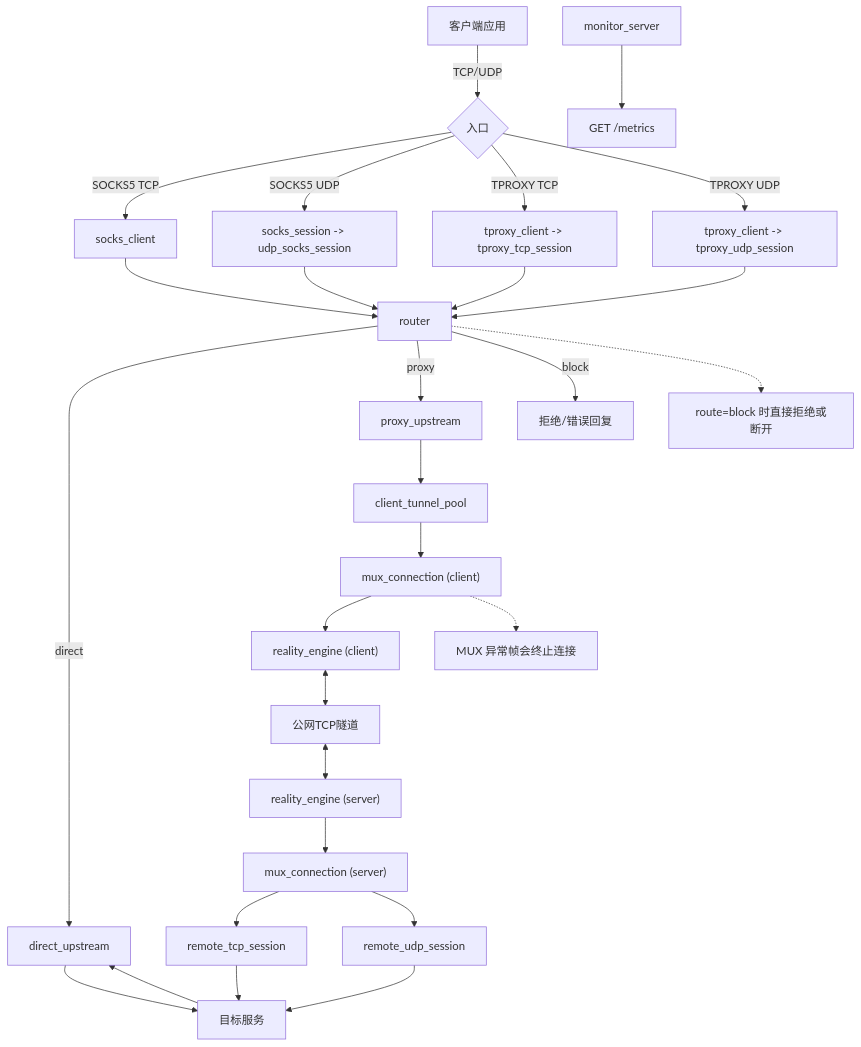
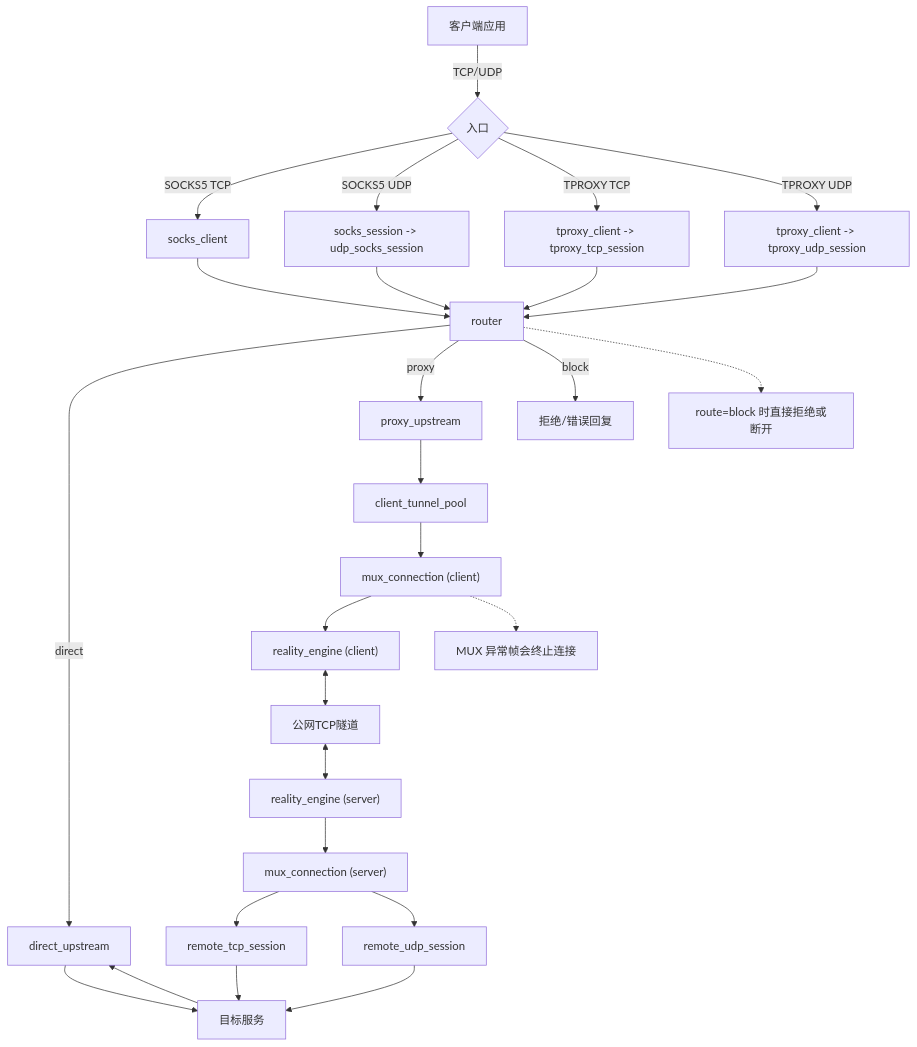
One commit to gyl30/socks changed the first of 5 diagrams in doc/flow.md. Above: the diagram before and after it, drawn with Mermaid. The commit also changed 18 other files, not shown here.

````diff
--- a/doc/flow.md
+++ b/doc/flow.md
@@ -5,39 +5,37 @@
 ```mermaid
 flowchart TD
   App[客户端应用] -->|TCP/UDP| Inbound{入口}
 
   Inbound -->|SOCKS5 TCP| SocksListener[socks_client]
   Inbound -->|SOCKS5 UDP| SocksUdpAssoc["socks_session -> udp_socks_session"]
   Inbound -->|TPROXY TCP| TproxyTcpListener["tproxy_client -> tproxy_tcp_session"]
   Inbound -->|TPROXY UDP| TproxyUdpListener["tproxy_client -> tproxy_udp_session"]
 
   SocksListener --> Router[router]
   SocksUdpAssoc --> Router
   TproxyTcpListener --> Router
   TproxyUdpListener --> Router
 
   Router -->|direct| DirectUp[direct_upstream]
   Router -->|proxy| ProxyUp[proxy_upstream]
   Router -->|block| Block[拒绝/错误回复]
 
   DirectUp --> Target[目标服务]
   Target --> DirectUp
 
   ProxyUp --> TunnelPool[client_tunnel_pool]
   TunnelPool --> MuxClient["mux_connection (client)"]
   MuxClient --> RealityClient["reality_engine (client)"]
   RealityClient <--> Network[公网TCP隧道]
   Network <--> RealityServer["reality_engine (server)"]
   RealityServer --> MuxServer["mux_connection (server)"]
   MuxServer --> RemoteTcp[remote_tcp_session]
   MuxServer --> RemoteUdp[remote_udp_session]
   RemoteTcp --> Target
   RemoteUdp --> Target
 
-  Monitor[monitor_server] --> Metrics[GET /metrics]
-
   RouterNote["route=block 时直接拒绝或断开"]
   Router -.-> RouterNote
   MuxNote["MUX 异常帧会终止连接"]
   MuxClient -.-> MuxNote
 ```
````
